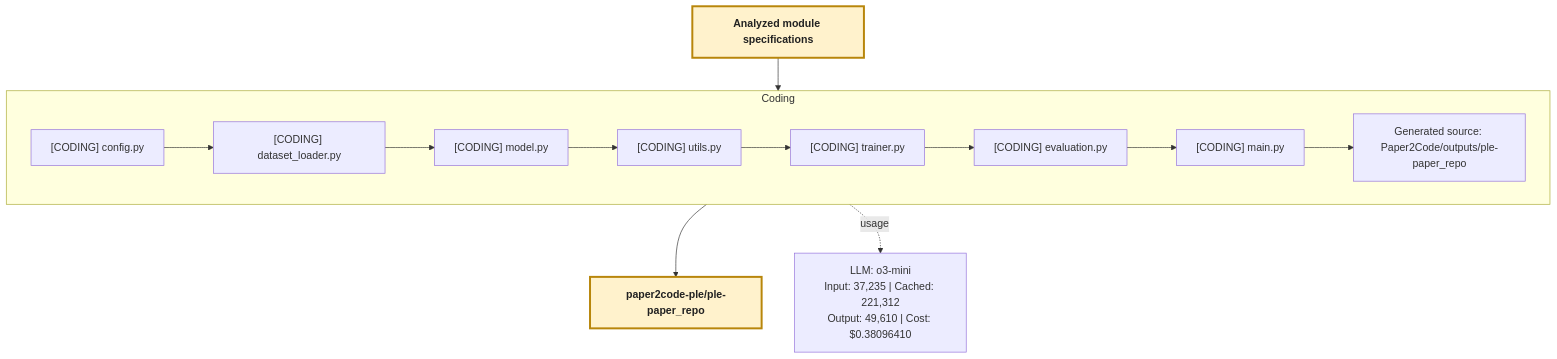
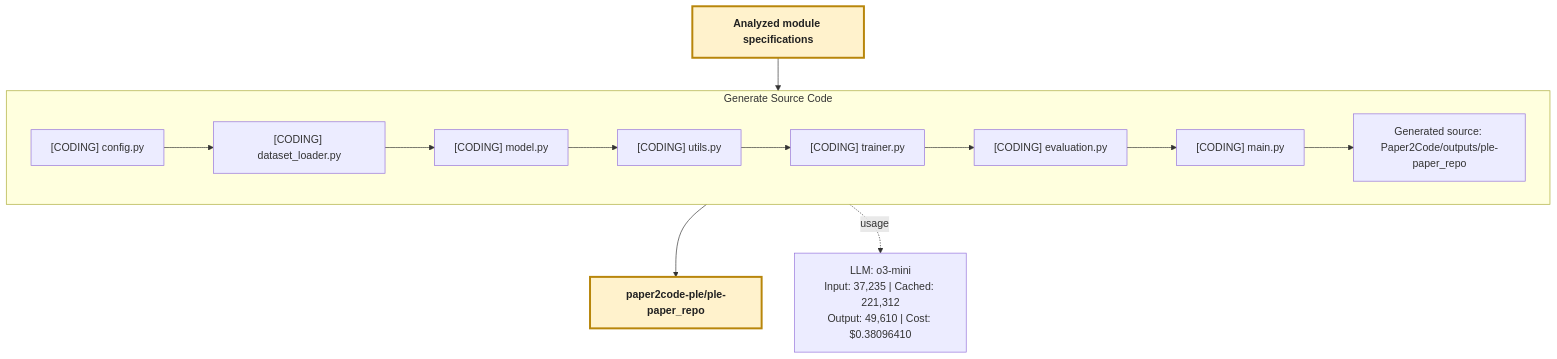
The fourth of 6 diagrams in README.md (jimthompson5802/paper2code-ple), drawn with Mermaid before and after one commit. The commit also changed other lines of this file, not shown here.

Commit message:
Refactor flowchart labels in README.md for improved clarity and accuracy

````diff
--- a/README.md
+++ b/README.md
@@ -133,18 +133,18 @@
 ```mermaid
 flowchart TB
   input[Analyzed module specifications]
-  subgraph coding["Coding"]
+  subgraph coding["Generate Source Code"]
     cfg["[CODING] config.py"] --> loader["[CODING] dataset_loader.py"] --> model["[CODING] model.py"] --> utils["[CODING] utils.py"]
     direction LR
     trainer["[CODING] trainer.py"] --> evaluation["[CODING] evaluation.py"] --> main["[CODING] main.py"] --> generated[Generated source: Paper2Code/outputs/ple-paper_repo]
     utils --> trainer
   end
   implementation[paper2code-ple/ple-paper_repo]
 
   input --> cfg
   generated --> implementation
   classDef transition fill:#fff2cc,stroke:#b8860b,stroke-width:3px,color:#222,font-weight:bold
   class input,implementation transition
   coding_usage["LLM: o3-mini<br/>Input: 37,235 | Cached: 221,312<br/>Output: 49,610 | Cost: $0.38096410"]
   coding -. usage .-> coding_usage
 ```
````
